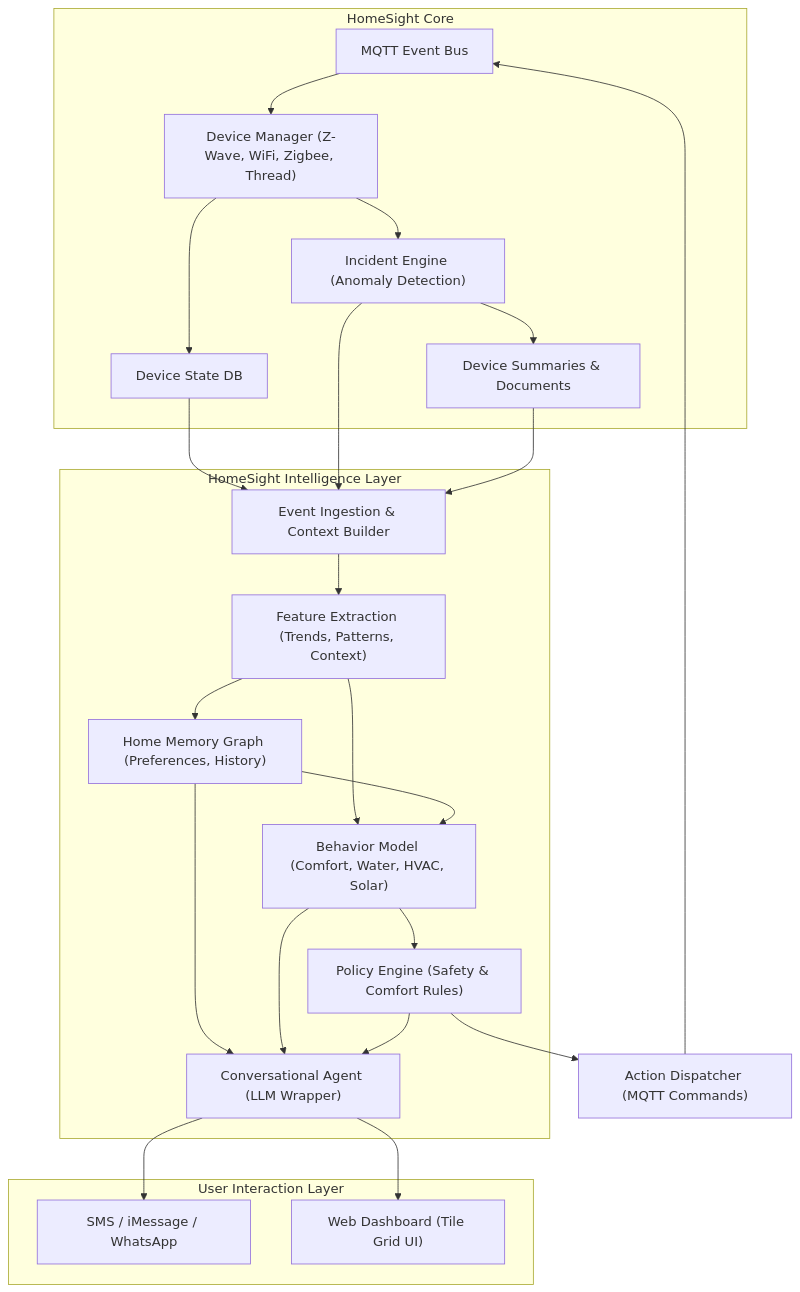
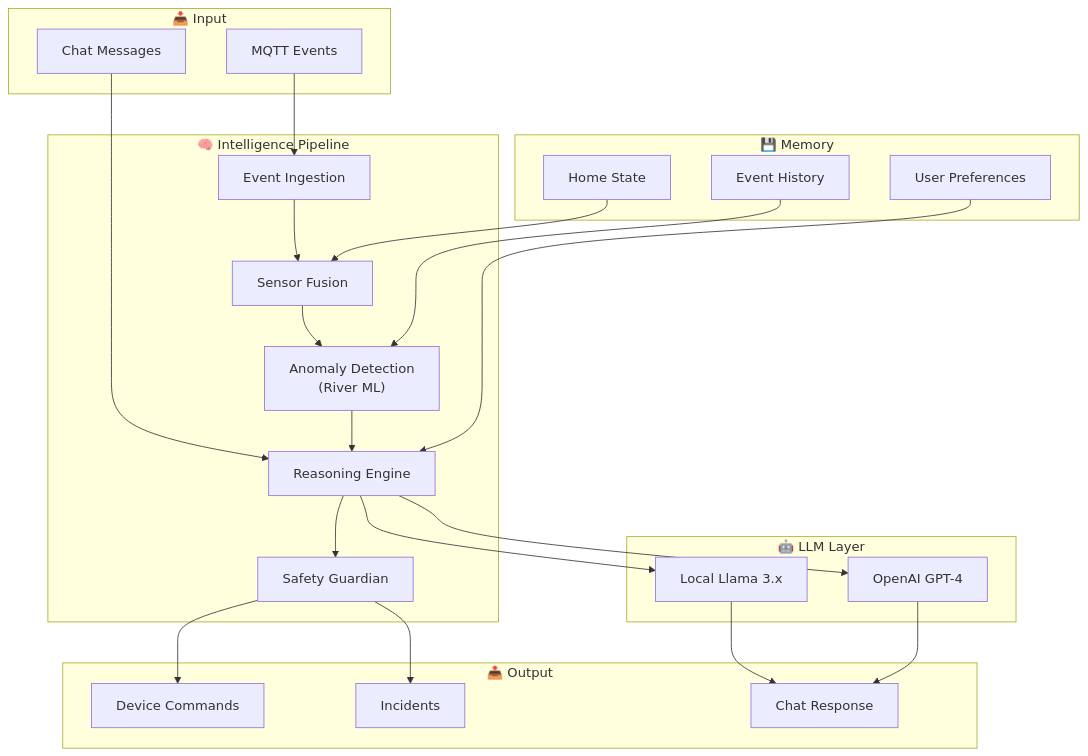
One commit to jbetancur/homesight changed the fourth of 4 diagrams in README.md. Above: the diagram before and after it, drawn with Mermaid. The commit also changed other lines of this file, not shown here.

````diff
--- a/README.md
+++ b/README.md
@@ -175,67 +283,51 @@
 ```mermaid
-flowchart TD
+flowchart TB
+    subgraph Input["📥 Input"]
+        MQTT["MQTT Events"]
+        CHAT["Chat Messages"]
+    end
 
-%% -------------------------------------
-%% CORE LAYER (EXISTING HOMESIGHT CORE)
-%% -------------------------------------
+    subgraph Pipeline["🧠 Intelligence Pipeline"]
+        INGEST["Event Ingestion"]
+        FUSION["Sensor Fusion"]
+        ML["Anomaly Detection<br/>(River ML)"]
+        REASON["Reasoning Engine"]
+        SAFETY["Safety Guardian"]
+    end
 
-subgraph Core["HomeSight Core"]
-    MQTT["MQTT Event Bus"]
-    DeviceMgr["Device Manager (Z-Wave, WiFi, Zigbee, Thread)"]
-    Incidents["Incident Engine (Anomaly Detection)"]
-    Summaries["Device Summaries & Documents"]
-    Storage["Device State DB"]
-end
+    subgraph Memory["💾 Memory"]
+        STATE["Home State"]
+        PREFS["User Preferences"]
+        HISTORY["Event History"]
+    end
 
-MQTT --> DeviceMgr
-DeviceMgr --> Incidents
-DeviceMgr --> Storage
-Incidents --> Summaries
+    subgraph LLM["🤖 LLM Layer"]
+        LOCAL["Local Llama 3.x"]
+        CLOUD["OpenAI GPT-4"]
+    end
 
-%% -------------------------------------
-%% INTELLIGENCE LAYER (HSIL)
-%% -------------------------------------
+    subgraph Output["📤 Output"]
+        ACTIONS["Device Commands"]
+        INCIDENTS["Incidents"]
+        RESPONSE["Chat Response"]
+    end
 
-subgraph HSIL["HomeSight Intelligence Layer"]
-    EventIngest["Event Ingestion & Context Builder"]
-    FeatureExtract["Feature Extraction (Trends, Patterns, Context)"]
-    Memory["Home Memory Graph (Preferences, History)"]
-    BehaviorModel["Behavior Model (Comfort, Water, HVAC, Solar)"]
-    PolicyEngine["Policy Engine (Safety & Comfort Rules)"]
-    LLM["Conversational Agent (LLM Wrapper)"]
-end
-
-Storage --> EventIngest
-Incidents --> EventIngest
-Summaries --> EventIngest
-
-EventIngest --> FeatureExtract
-FeatureExtract --> Memory
-FeatureExtract --> BehaviorModel
-
-Memory --> BehaviorModel
-BehaviorModel --> PolicyEngine
-
-Memory --> LLM
-BehaviorModel --> LLM
-PolicyEngine --> LLM
-
-%% -------------------------------------
-%% USER INTERFACE LAYER (CHAT + DASHBOARD)
-%% -------------------------------------
-
-subgraph UI["User Interaction Layer"]
-    SMS["SMS / iMessage / WhatsApp"]
-    Dashboard["Web Dashboard (Tile Grid UI)"]
-end
-
-LLM --> SMS
-LLM --> Dashboard
-
-%% -------------------------------------
-%% ACTION OUTPUT BACK TO HOME
-%% -------------------------------------
-
-PolicyEngine --> Actions["Action Dispatcher (MQTT Commands)"]
-Actions --> MQTT
+    MQTT --> INGEST
+    CHAT --> REASON
+    INGEST --> FUSION
+    FUSION --> ML
+    ML --> REASON
+    REASON --> SAFETY
+    
+    STATE --> FUSION
+    PREFS --> REASON
+    HISTORY --> ML
+    
+    REASON --> LOCAL
+    REASON --> CLOUD
+    
+    SAFETY --> ACTIONS
+    SAFETY --> INCIDENTS
+    LOCAL --> RESPONSE
+    CLOUD --> RESPONSE
 ```
````
